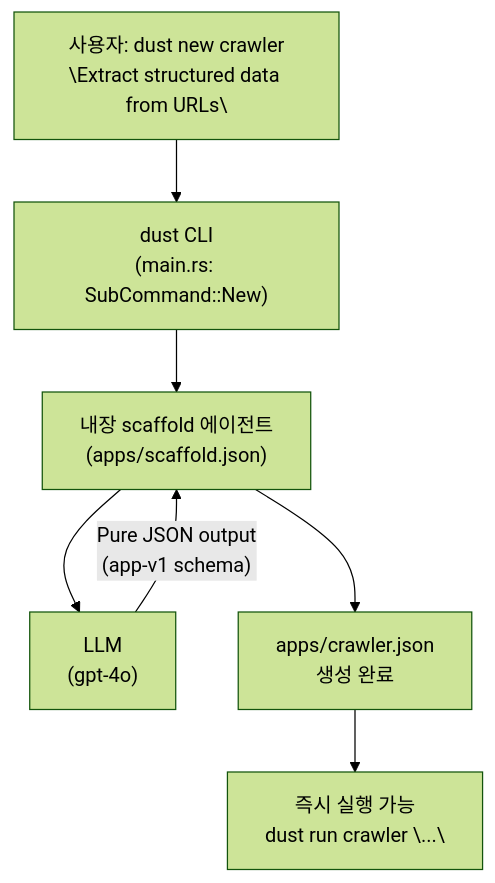
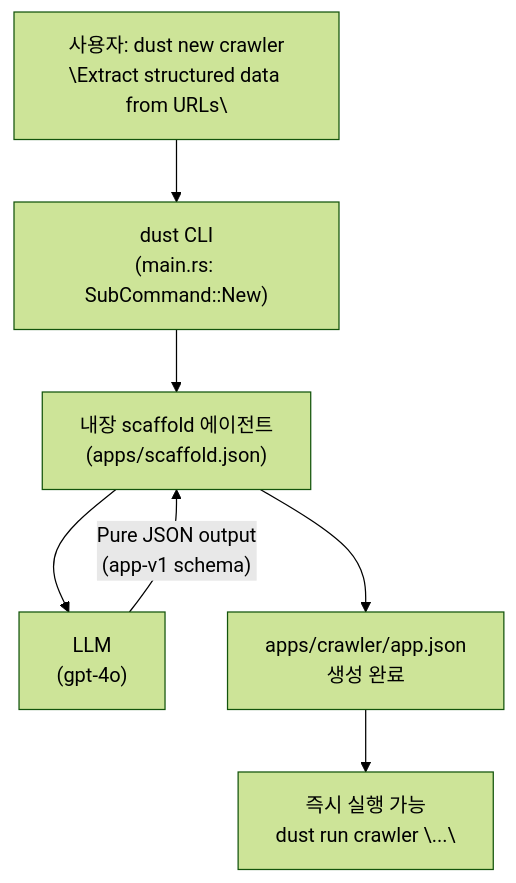
Before and after one commit to choratools/dustagent: the first of 2 diagrams in docs/10_dust_new_스캐폴딩.md, drawn with Mermaid (forest theme). The commit also changed other lines of this file and 27 other files, not shown here.

````diff
--- a/docs/10_dust_new_스캐폴딩.md
+++ b/docs/10_dust_new_스캐폴딩.md
@@ -67,16 +67,16 @@
 ```mermaid
 flowchart TD
     U["사용자: dust new crawler\n\"Extract structured data from URLs\""]
     CLI["dust CLI\n(main.rs: SubCommand::New)"]
     SA["내장 scaffold 에이전트\n(apps/scaffold.json)"]
     LLM["LLM\n(gpt-4o)"]
-    OUT["apps/crawler.json\n생성 완료"]
+    OUT["apps/crawler/app.json\n생성 완료"]
     RUN["즉시 실행 가능\ndust run crawler \"...\""]
 
     U --> CLI
     CLI --> SA
     SA --> LLM
     LLM -->|"Pure JSON output\n(app-v1 schema)"| SA
     SA --> OUT
     OUT --> RUN
 ```
````
